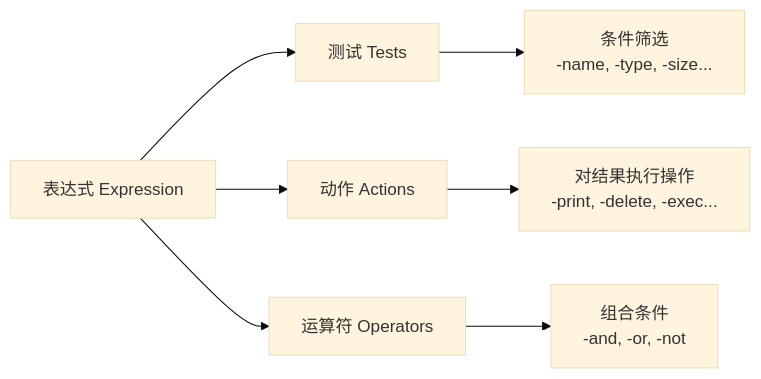
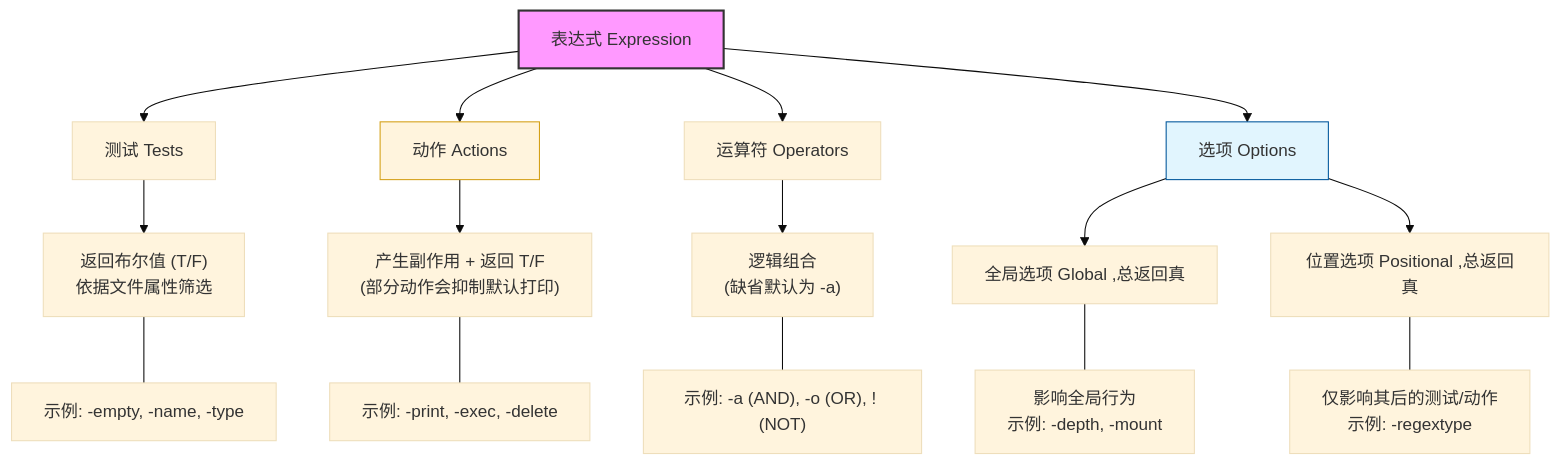
Before and after one commit to xuchaoxin1375/blogs: the first of 4 diagrams in linux/文件查找/GNU find命令完全指南.md, drawn with Mermaid (base theme). The commit also changed other lines of this file and 1 other file, not shown here.

````diff
--- a/linux/文件查找/GNU find命令完全指南.md
+++ b/linux/文件查找/GNU find命令完全指南.md
@@ -23,9 +44,26 @@
 ```mermaid
-graph LR
+graph TD
     A[表达式 Expression] --> B[测试 Tests]
     A --> C[动作 Actions]
     A --> D[运算符 Operators]
-    B --> B1["条件筛选<br/>-name, -type, -size..."]
-    C --> C1["对结果执行操作<br/>-print, -delete, -exec..."]
-    D --> D1["组合条件<br/>-and, -or, -not"]
+    A --> E[选项 Options]
+
+    B --> B1["返回布尔值 (T/F)<br/>依据文件属性筛选"]
+    B1 --- B2["示例: -empty, -name, -type"]
+
+    C --> C1["产生副作用 + 返回 T/F<br/>(部分动作会抑制默认打印)"]
+    C1 --- C2["示例: -print, -exec, -delete"]
+
+    D --> D1["逻辑组合<br/>(缺省默认为 -a)"]
+    D1 --- D2["示例: -a (AND), -o (OR), ! (NOT)"]
+
+    E --> E1[全局选项 Global ,总返回真]
+    E --> E2[位置选项 Positional ,总返回真]
+    
+    E1 --- E1a["影响全局行为<br/>示例: -depth, -mount"]
+    E2 --- E2a["仅影响其后的测试/动作<br/>示例: -regextype"]
+
+    style A fill:#f9f,stroke:#333,stroke-width:2px
+    style C fill:#fff4dd,stroke:#d4a017
+    style E fill:#e1f5fe,stroke:#01579b
 ```
````
